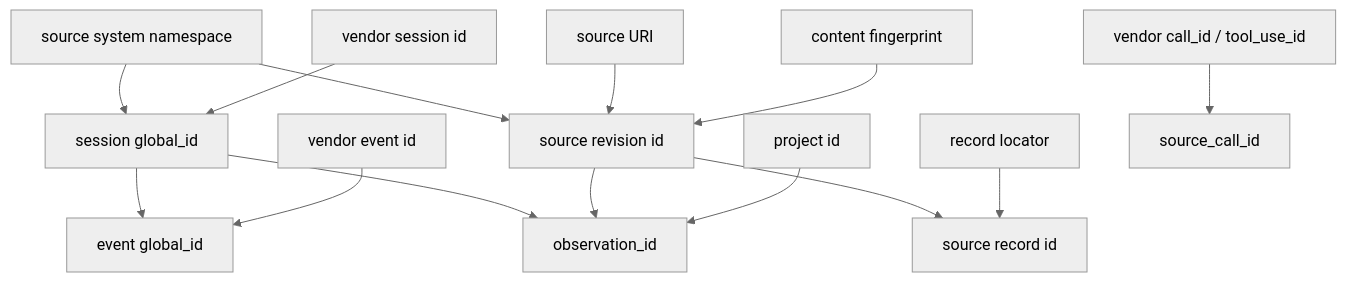
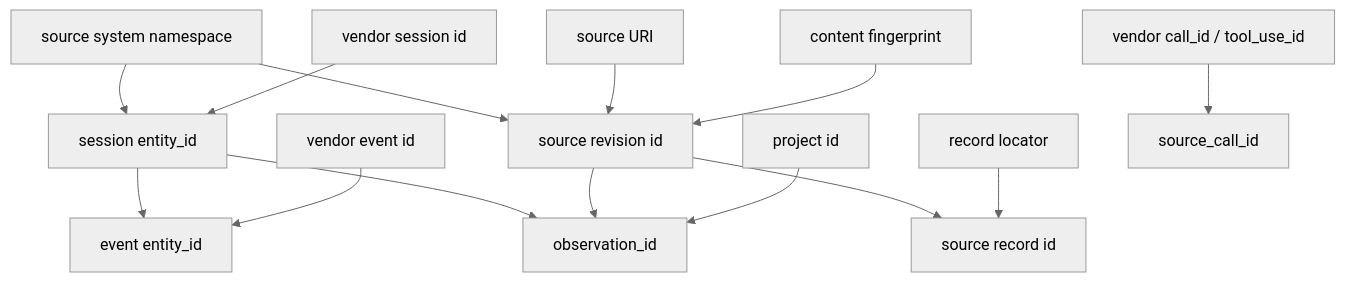
Before and after one commit to fear-ai/codess: the second of 2 diagrams in CoSchema.md, drawn with Mermaid (neutral theme). The commit also changed other lines of this file and 53 other files, not shown here.

````diff
--- a/CoSchema.md
+++ b/CoSchema.md
@@ -192,16 +192,16 @@
 ```mermaid
 flowchart TD
-    SS["source system namespace"] --> SES["session global_id"]
+    SS["source system namespace"] --> SES["session entity_id"]
     VS["vendor session id"] --> SES
     SS --> REV["source revision id"]
     URI["source URI"] --> REV
     FP["content fingerprint"] --> REV
     REV --> REC["source record id"]
     LOC["record locator"] --> REC
-    SES --> EV["event global_id"]
+    SES --> EV["event entity_id"]
     VE["vendor event id"] --> EV
     SES --> OBS["observation_id"]
     REV --> OBS
     PROJ["project id"] --> OBS
     VC["vendor call_id / tool_use_id"] --> SCID["source_call_id"]
 ```
````
